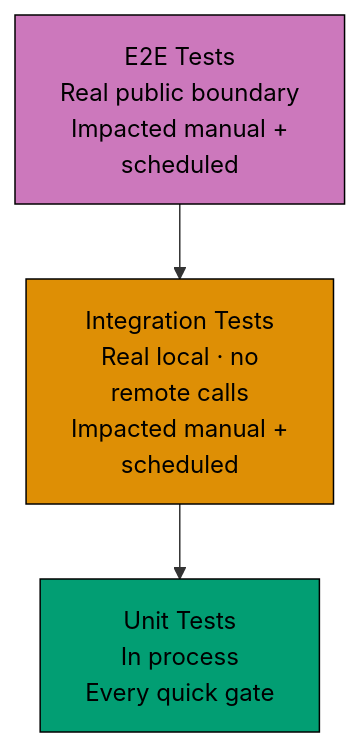
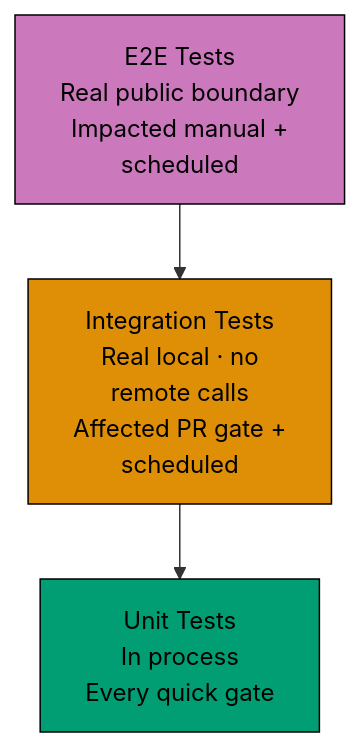
The second of 2 diagrams in docs/explanation/software-engineering/programming-languages/typescript/testing.md (wahidyankf/ose-public), drawn with Mermaid before and after one commit. The commit also changed other lines of this file and 255 other files, not shown here.

````diff
--- a/docs/explanation/software-engineering/programming-languages/typescript/testing.md
+++ b/docs/explanation/software-engineering/programming-languages/typescript/testing.md
@@ -62,19 +62,19 @@
 ```mermaid
 flowchart TD
     accTitle: Test Pyramid
-    accDescr: E2E Tests Real public boundary Impacted manual + scheduled leads to Integration Tests Real local · no remote calls Impacted manual + scheduled; and 1 more links.
+    accDescr: E2E Tests Real public boundary Impacted manual + scheduled leads to Integration Tests Real local · no remote calls Affected PR gate + scheduled; and 1 more links.
     A[E2E Tests<br/>Real public boundary<br/>Impacted manual +<br/>scheduled]
-    B[Integration Tests<br/>Real local · no<br/>remote calls<br/>Impacted manual +<br/>scheduled]
+    B[Integration Tests<br/>Real local · no<br/>remote calls<br/>Affected PR gate +<br/>scheduled]
     C[Unit Tests<br/>In process<br/>Every quick gate]
 
     A --> B
     B --> C
 
     classDef purple fill:#CC78BC,stroke:#000000,color:#000000
     classDef orange fill:#DE8F05,stroke:#000000,color:#000000
     classDef teal fill:#029E73,stroke:#000000,color:#000000
     class A purple
     class B orange
     class C teal
     classDef default fill:#0173B2,stroke:#000000,color:#FFFFFF
 ```
````
